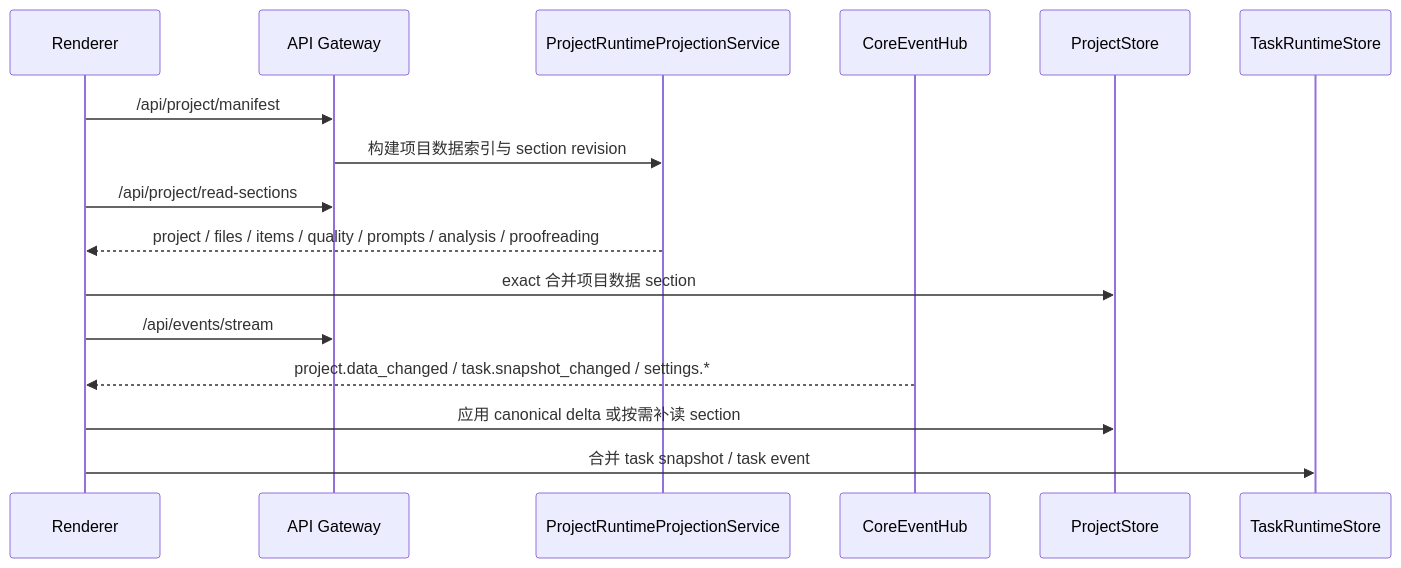
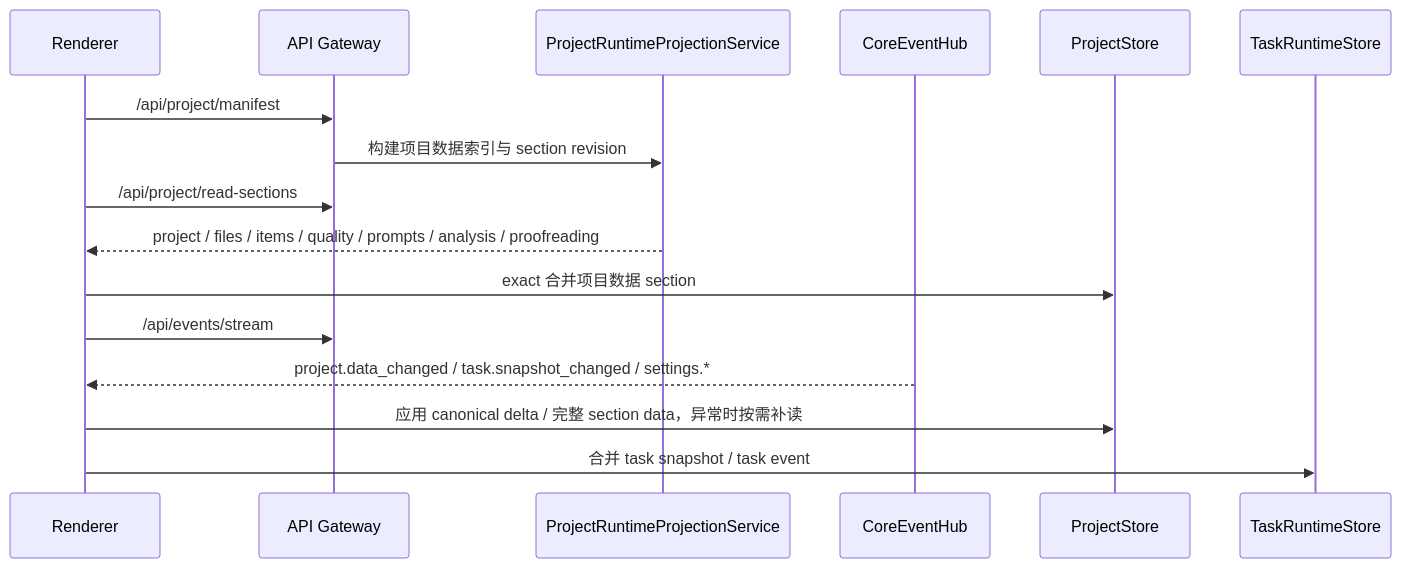
The third of 3 diagrams in docs/ARCHITECTURE.md (neavo/LinguaGacha), drawn with Mermaid before and after one commit. The commit also changed other lines of this file and 92 other files, not shown here.

````diff
--- a/docs/ARCHITECTURE.md
+++ b/docs/ARCHITECTURE.md
@@ -89,19 +89,19 @@
 ```mermaid
 sequenceDiagram
   participant UI as Renderer
   participant API as API Gateway
   participant Proj as ProjectRuntimeProjectionService
   participant Hub as CoreEventHub
   participant Store as ProjectStore
   participant Task as TaskRuntimeStore
 
   UI->>API: /api/project/manifest
   API->>Proj: 构建项目数据索引与 section revision
   UI->>API: /api/project/read-sections
   Proj-->>UI: project / files / items / quality / prompts / analysis / proofreading
   UI->>Store: exact 合并项目数据 section
   UI->>API: /api/events/stream
   Hub-->>UI: project.data_changed / task.snapshot_changed / settings.*
-  UI->>Store: 应用 canonical delta 或按需补读 section
+  UI->>Store: 应用 canonical delta / 完整 section data，异常时按需补读
   UI->>Task: 合并 task snapshot / task event
 ```
````
